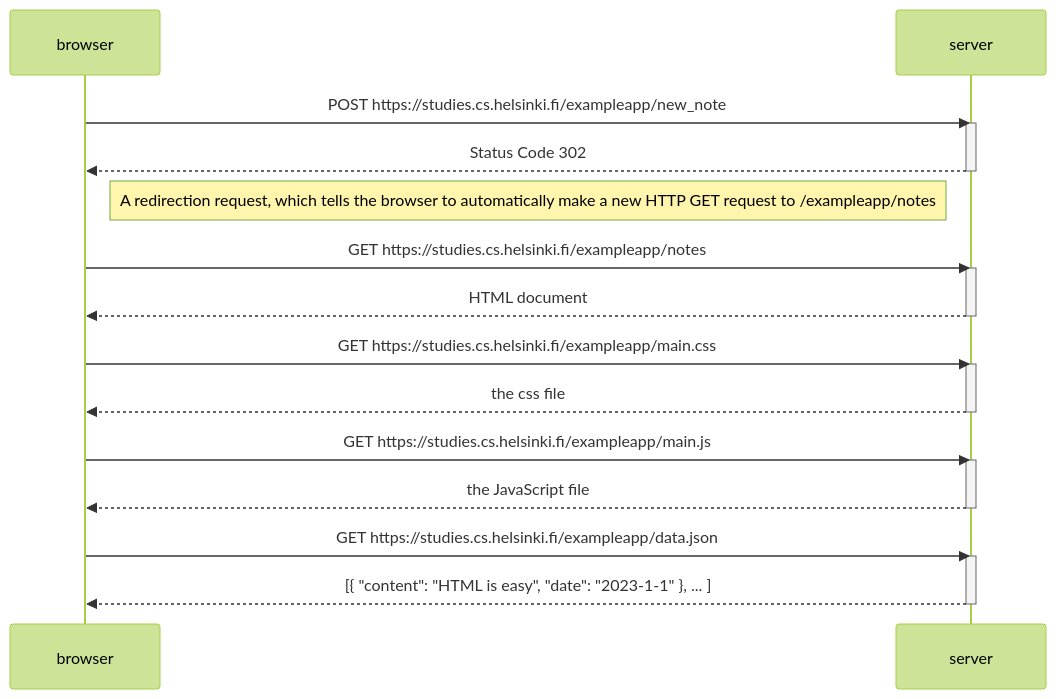
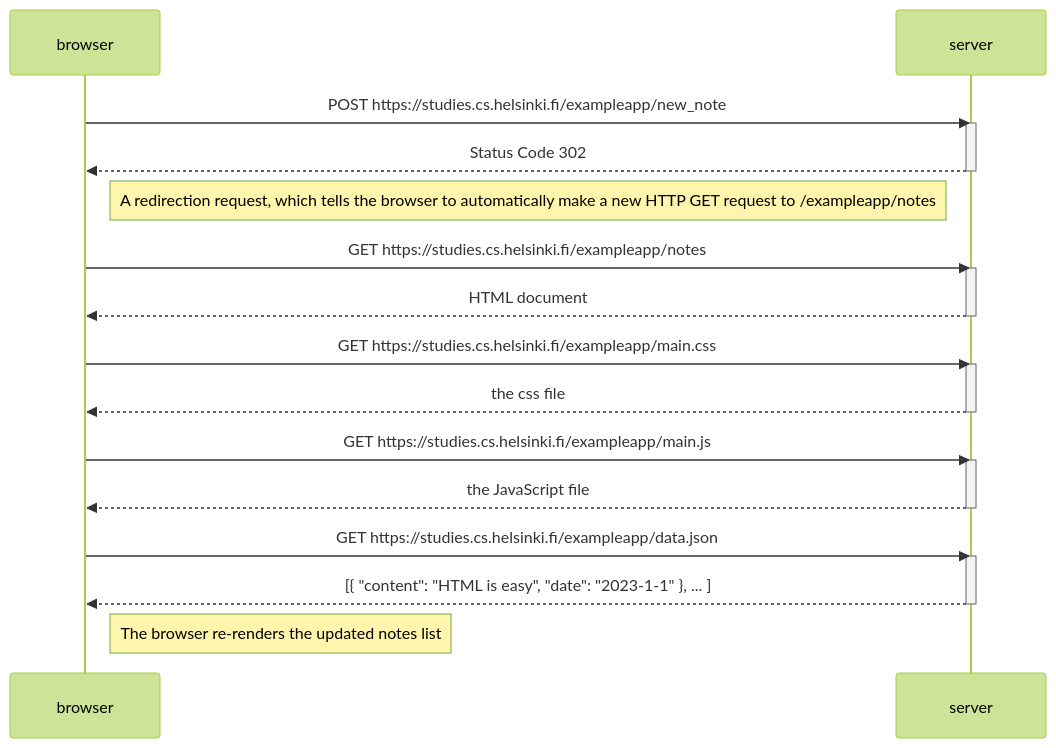
Before and after one commit to Rasper-ux/FullStack-palautusrepositorio: the diagram in osa0/0.4-uusi_muistiinpano.md, drawn with Mermaid (forest theme).

Commit message:
Osan 0 tehtavat update

````diff
--- a/osa0/0.4-uusi_muistiinpano.md
+++ b/osa0/0.4-uusi_muistiinpano.md
@@ -1,32 +1,34 @@
 ```mermaid
 sequenceDiagram
     participant browser
     participant server
 
     browser->>server: POST https://studies.cs.helsinki.fi/exampleapp/new_note
     activate server
     server-->>browser: Status Code 302
     deactivate server
 
     Note right of browser: A redirection request, which tells the browser to automatically make a new HTTP GET request to /exampleapp/notes
 
     browser->>server: GET https://studies.cs.helsinki.fi/exampleapp/notes
     activate server
     server-->>browser: HTML document
     deactivate server
 
     browser->>server: GET https://studies.cs.helsinki.fi/exampleapp/main.css
     activate server
     server-->>browser: the css file
     deactivate server
 
     browser->>server: GET https://studies.cs.helsinki.fi/exampleapp/main.js
     activate server
     server-->>browser: the JavaScript file
     deactivate server
 
     browser->>server: GET https://studies.cs.helsinki.fi/exampleapp/data.json
     activate server
     server-->>browser: [{ "content": "HTML is easy", "date": "2023-1-1" }, ... ]
     deactivate server
+
+    Note right of browser: The browser re-renders the updated notes list
 ```
````
